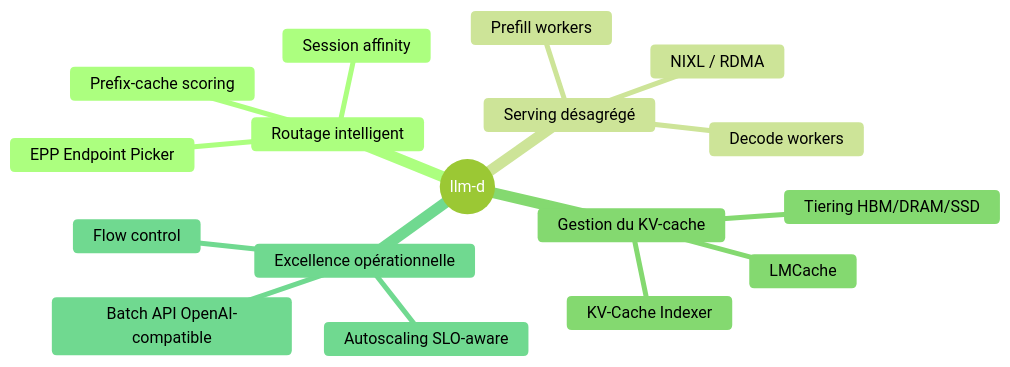
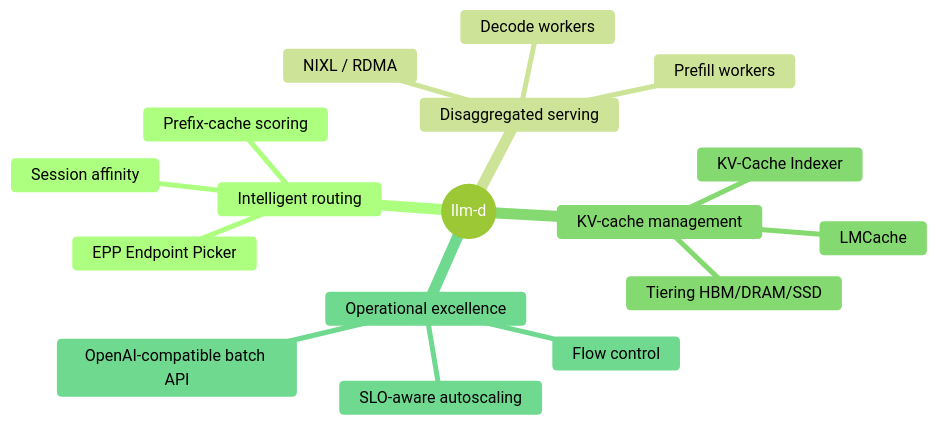
Before and after one commit to ADORSYS-GIS/Custom-Ai-Ops: the first of 26 diagrams in docs/explain/llm-d.md, drawn with Mermaid (forest theme). The commit also changed other lines of this file, not shown here.

````diff
--- a/docs/explain/llm-d.md
+++ b/docs/explain/llm-d.md
@@ -61,20 +61,20 @@
 ```mermaid
 mindmap
   root((llm-d))
-    Routage intelligent
+    Intelligent routing
       EPP Endpoint Picker
       Prefix-cache scoring
       Session affinity
-    Serving désagrégé
+    Disaggregated serving
       Prefill workers
       Decode workers
       NIXL / RDMA
-    Gestion du KV-cache
+    KV-cache management
       KV-Cache Indexer
       Tiering HBM/DRAM/SSD
       LMCache
-    Excellence opérationnelle
-      Autoscaling SLO-aware
+    Operational excellence
+      SLO-aware autoscaling
       Flow control
-      Batch API OpenAI-compatible
+      OpenAI-compatible batch API
 ```
````
